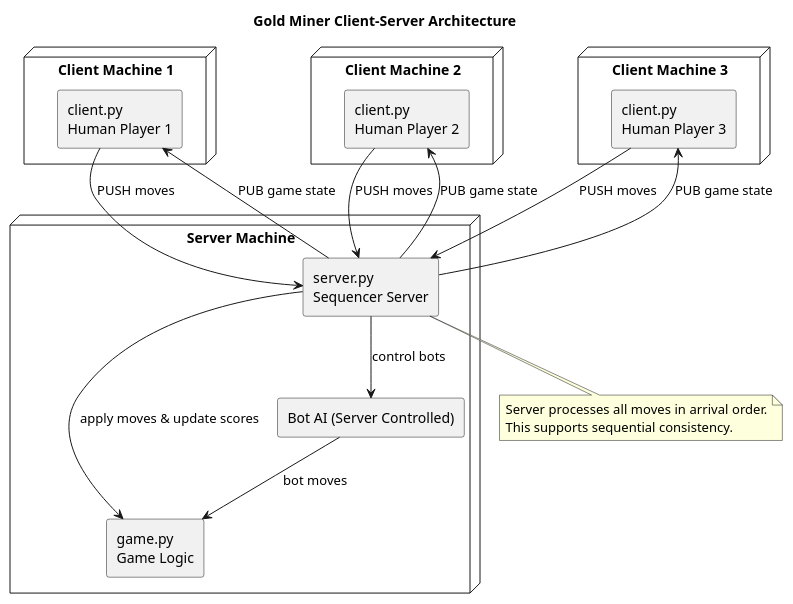
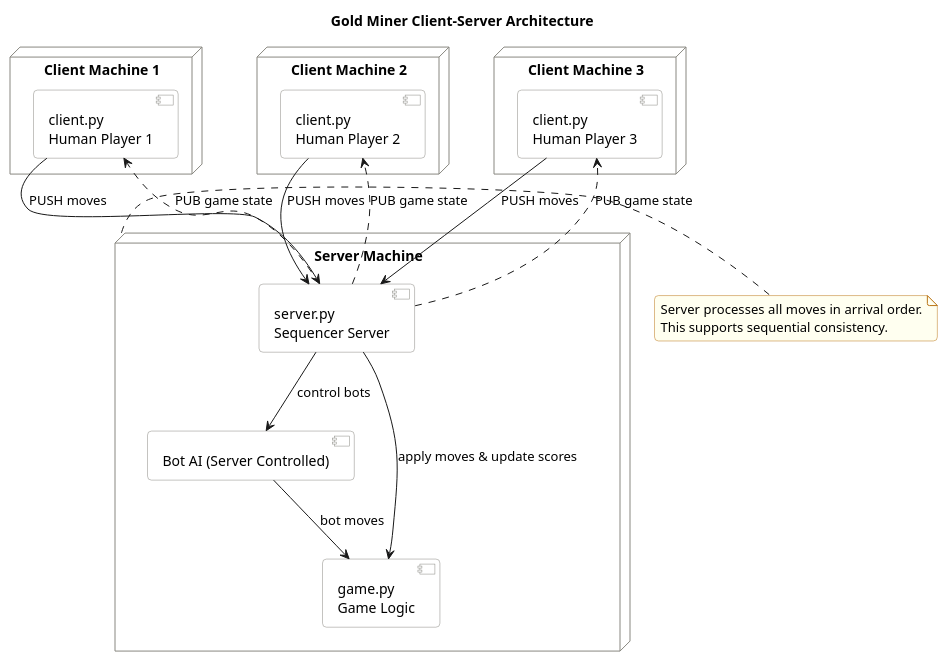
One commit to prajitabhandari1234/COIT13229-Applied-Distributed-Systems-Assignment-2 changed the diagram in plantuml code/architectureDiagram.puml. Above: the diagram before and after it, drawn with PlantUML.

Commit message:
Update architecture diagram

```diff
--- a/plantuml code/architectureDiagram.puml
+++ b/plantuml code/architectureDiagram.puml
@@ -1,42 +1,46 @@
 @startuml
+skinparam componentBackgroundColor #FFFFFF
+skinparam componentBorderColor #888780
+skinparam nodeBackgroundColor #FFFFFF
+skinparam nodeBorderColor #888780
+skinparam roundcorner 8
+skinparam noteBackgroundColor #FFFFF0
+skinparam noteBorderColor #BA7517
+
 title Gold Miner Client-Server Architecture
 
-skinparam componentStyle rectangle
-skinparam shadowing false
-
-node "Client Machine 1" {
+node "Client Machine 1" as CM1 {
   component "client.py\nHuman Player 1" as C1
 }
 
-node "Client Machine 2" {
+node "Client Machine 2" as CM2 {
   component "client.py\nHuman Player 2" as C2
 }
 
-node "Client Machine 3" {
+node "Client Machine 3" as CM3 {
   component "client.py\nHuman Player 3" as C3
 }
 
-node "Server Machine" {
-  component "server.py\nSequencer Server" as S
-  component "game.py\nGame Logic" as G
-  component "Bot AI (Server Controlled)" as B
+node "Server Machine" as SM {
+  component "server.py\nSequencer Server" as SRV
+  component "Bot AI (Server Controlled)" as BOT
+  component "game.py\nGame Logic" as GAME
+
+  SRV --> BOT : control bots
+  SRV --> GAME : apply moves & update scores
+  BOT --> GAME : bot moves
 }
 
-C1 --> S : PUSH moves
-C2 --> S : PUSH moves
-C3 --> S : PUSH moves
+C1 --> SRV : PUSH moves
+C2 --> SRV : PUSH moves
+C3 --> SRV : PUSH moves
 
-S --> C1 : PUB game state
-S --> C2 : PUB game state
-S --> C3 : PUB game state
+SRV ..> C1 : PUB game state
+SRV ..> C2 : PUB game state
+SRV ..> C3 : PUB game state
 
-S --> G : apply moves & update scores
-S --> B : control bots
-B --> G : bot moves
-
-note bottom of S
-Server processes all moves in arrival order.
-This supports sequential consistency.
+note right of SM
+  Server processes all moves in arrival order.
+  This supports sequential consistency.
 end note
-
 @enduml
```
